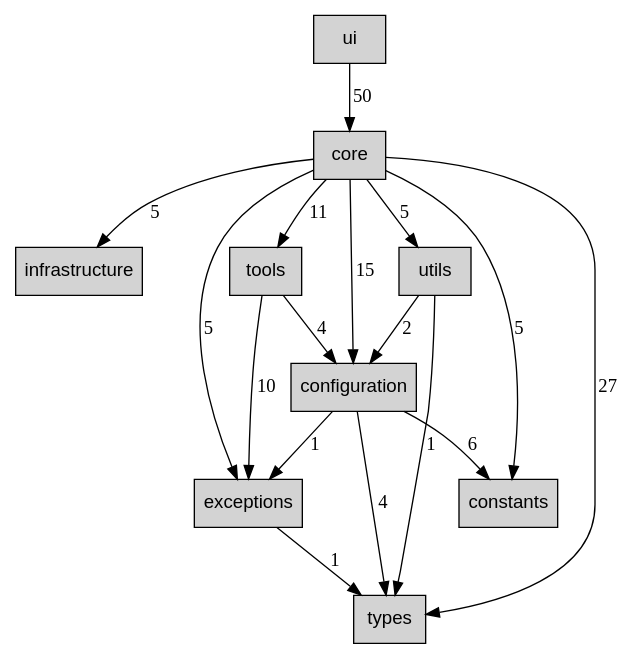
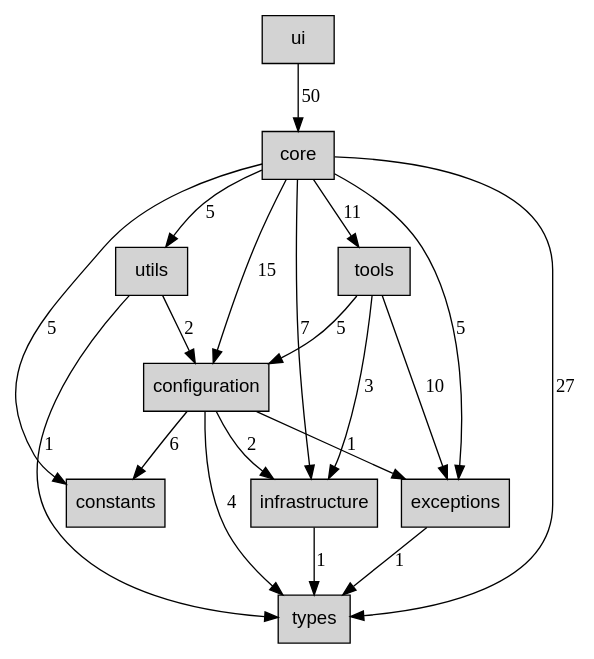
One commit to ryumacodes/tunacode changed the diagram in docs/architecture/dependencies/DEPENDENCY_LAYERS.dot. Above: the diagram before and after it, drawn with Graphviz. The commit also changed 2 other files, not shown here.

```diff
--- a/docs/architecture/dependencies/DEPENDENCY_LAYERS.dot
+++ b/docs/architecture/dependencies/DEPENDENCY_LAYERS.dot
@@ -1,31 +1,34 @@
 digraph tunacode_layers {
   rankdir=TB;
   node [shape=box, style=filled, fontname=Arial];
 
   ui [label="ui"];
   core [label="core"];
-  infrastructure [label="infrastructure"];
   tools [label="tools"];
   utils [label="utils"];
   configuration [label="configuration"];
   constants [label="constants"];
   exceptions [label="exceptions"];
+  infrastructure [label="infrastructure"];
   types [label="types"];
 
   configuration -> constants [label="6"];
   configuration -> exceptions [label="1"];
+  configuration -> infrastructure [label="2"];
   configuration -> types [label="4"];
   core -> configuration [label="15"];
   core -> constants [label="5"];
   core -> exceptions [label="5"];
-  core -> infrastructure [label="5"];
+  core -> infrastructure [label="7"];
   core -> tools [label="11"];
   core -> types [label="27"];
   core -> utils [label="5"];
   exceptions -> types [label="1"];
-  tools -> configuration [label="4"];
+  infrastructure -> types [label="1"];
+  tools -> configuration [label="5"];
   tools -> exceptions [label="10"];
+  tools -> infrastructure [label="3"];
   ui -> core [label="50"];
   utils -> configuration [label="2"];
   utils -> types [label="1"];
 }
```
